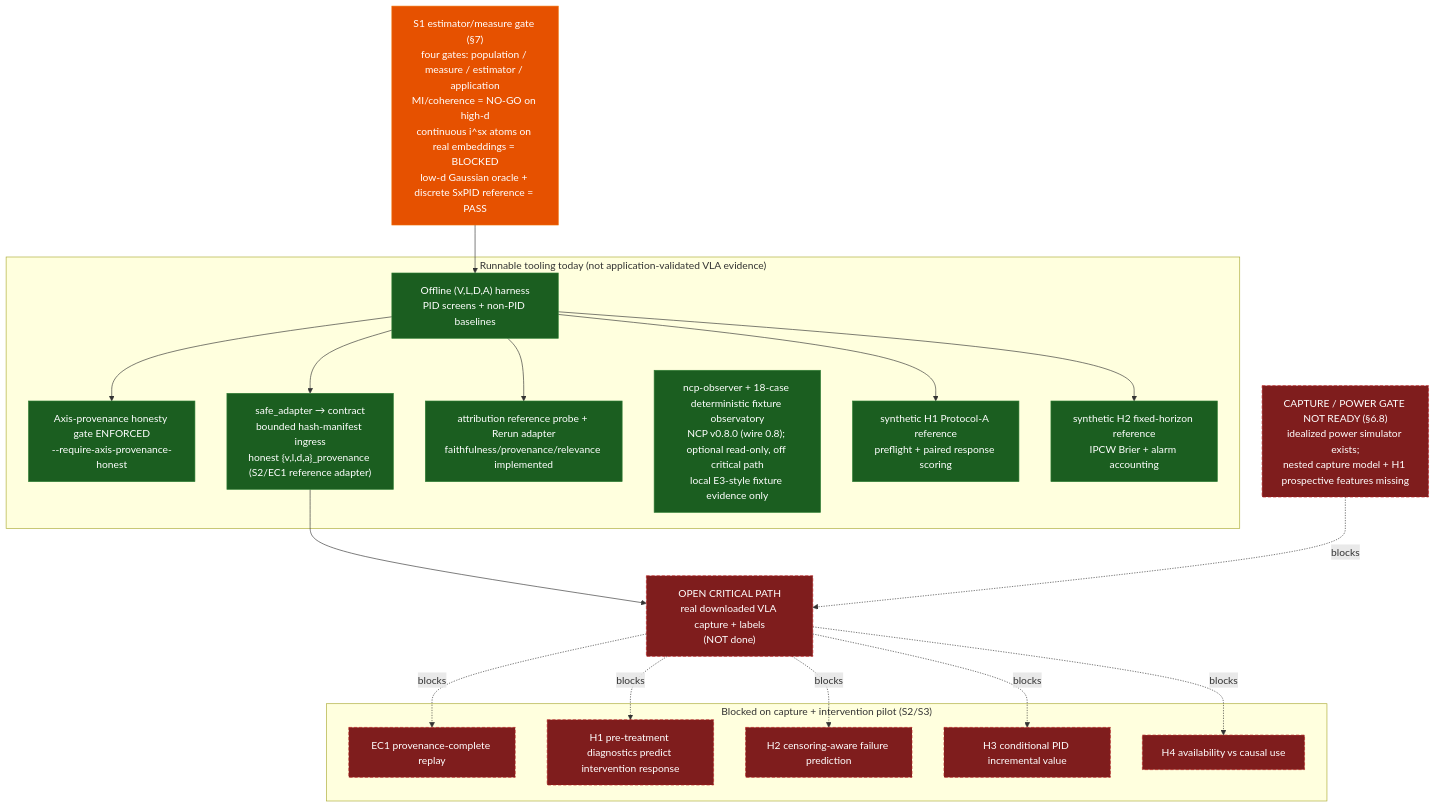
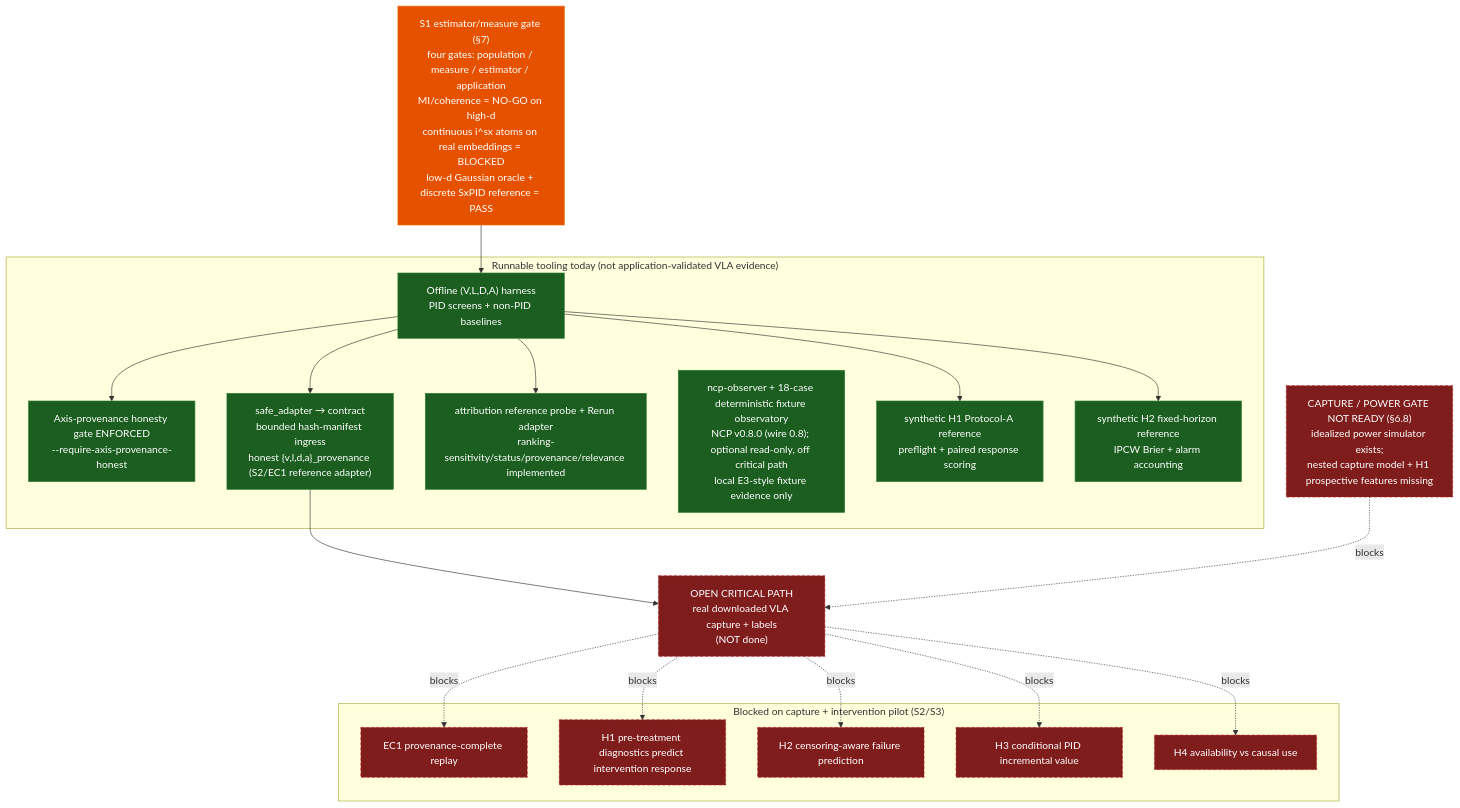
The first of 18 diagrams in DIAGRAMS.md (sepahead/prisoma), drawn with Mermaid before and after one commit. The commit also changed 75 other files, not shown here.

````diff
--- a/DIAGRAMS.md
+++ b/DIAGRAMS.md
@@ -24,38 +24,38 @@
 ```mermaid
 flowchart TD
     classDef run fill:#1b5e20,stroke:#2e7d32,color:#fff;
     classDef gate fill:#e65100,stroke:#ef6c00,color:#fff;
     classDef blocked fill:#7f1d1d,stroke:#b71c1c,color:#fff,stroke-dasharray:5 3;
 
     S1["S1 estimator/measure gate (§7)<br/>four gates: population / measure / estimator / application<br/>MI/coherence = NO-GO on high-d<br/>continuous i^sx atoms on real embeddings = BLOCKED<br/>low-d Gaussian oracle + discrete SxPID reference = PASS"]:::gate
 
     subgraph Today["Runnable tooling today (not application-validated VLA evidence)"]
         Harness["Offline (V,L,D,A) harness<br/>PID screens + non-PID baselines"]:::run
         ProvGate["Axis-provenance honesty gate ENFORCED<br/>--require-axis-provenance-honest"]:::run
         Adapter["safe_adapter → contract<br/>bounded hash-manifest ingress<br/>honest {v,l,d,a}_provenance (S2/EC1 reference adapter)"]:::run
-        Attr["attribution reference probe + Rerun adapter<br/>faithfulness/provenance/relevance implemented"]:::run
+        Attr["attribution reference probe + Rerun adapter<br/>ranking-sensitivity/status/provenance/relevance implemented"]:::run
         Obs["ncp-observer + 18-case deterministic fixture observatory<br/>NCP v0.8.0 (wire 0.8); optional read-only, off critical path<br/>local E3-style fixture evidence only"]:::run
         H1Ref["synthetic H1 Protocol-A reference<br/>preflight + paired response scoring"]:::run
         H2Ref["synthetic H2 fixed-horizon reference<br/>IPCW Brier + alarm accounting"]:::run
     end
 
     Power["CAPTURE / POWER GATE NOT READY (§6.8)<br/>idealized power simulator exists;<br/>nested capture model + H1 prospective features missing"]:::blocked
     Capture["OPEN CRITICAL PATH<br/>real downloaded VLA capture + labels<br/>(NOT done)"]:::blocked
 
     subgraph Blocked["Blocked on capture + intervention pilot (S2/S3)"]
         EC1["EC1 provenance-complete replay"]:::blocked
         H1["H1 pre-treatment diagnostics predict intervention response"]:::blocked
         H2["H2 censoring-aware failure prediction"]:::blocked
         H3["H3 conditional PID incremental value"]:::blocked
         H4["H4 availability vs causal use"]:::blocked
     end
 
     S1 --> Harness
     Harness --> ProvGate
     Harness --> Adapter
     Harness --> Attr
     Harness --> H1Ref & H2Ref
     Adapter --> Capture
     Power -. blocks .-> Capture
     Capture -. blocks .-> EC1 & H1 & H2 & H3 & H4
 ```
````
